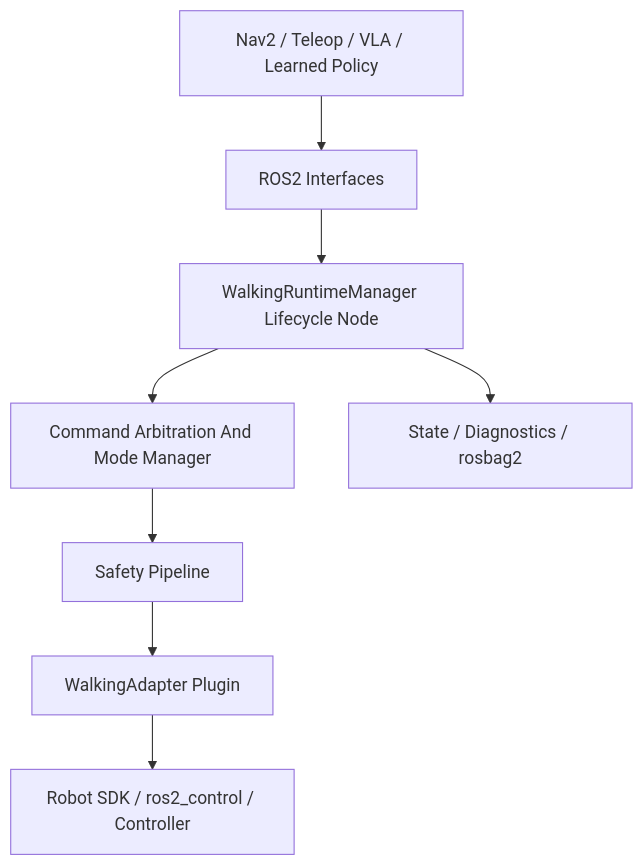
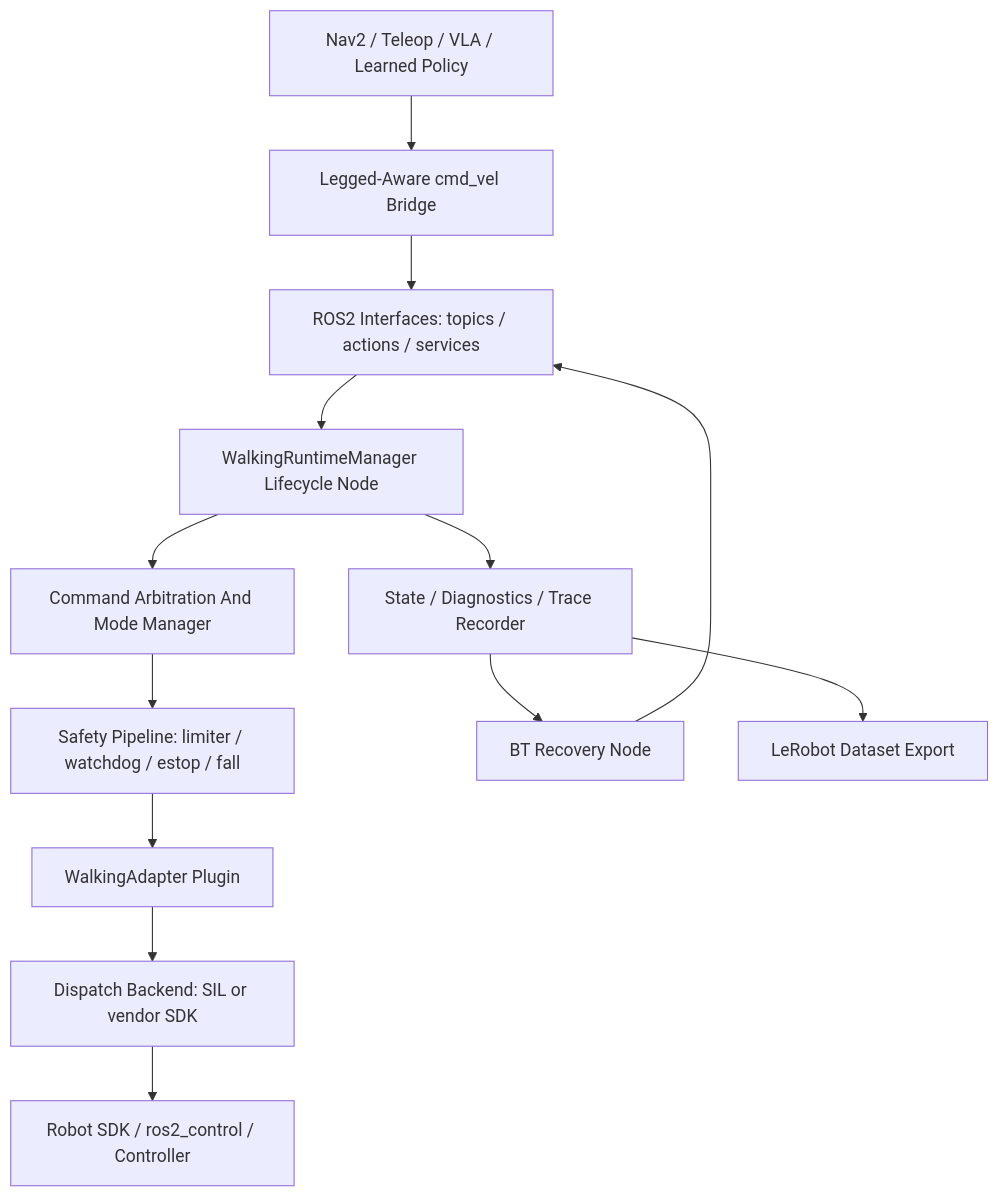
One commit to rsasaki0109/walking_zoo changed the diagram in docs/architecture.md. Above: the diagram before and after it, drawn with Mermaid. The commit also changed other lines of this file and 2 other files, not shown here.

First line of the commit message:
Update architecture, adapter guide, and plan for the deep-integration pass

````diff
--- a/docs/architecture.md
+++ b/docs/architecture.md
@@ -7,10 +7,15 @@
 ```mermaid
 flowchart TB
-  Sources[Nav2 / Teleop / VLA / Learned Policy] --> Interfaces[ROS2 Interfaces]
+  Sources[Nav2 / Teleop / VLA / Learned Policy] --> Bridge[Legged-Aware cmd_vel Bridge]
+  Bridge --> Interfaces[ROS2 Interfaces: topics / actions / services]
   Interfaces --> Runtime[WalkingRuntimeManager Lifecycle Node]
   Runtime --> Arbitration[Command Arbitration And Mode Manager]
-  Arbitration --> Safety[Safety Pipeline]
+  Arbitration --> Safety[Safety Pipeline: limiter / watchdog / estop / fall]
   Safety --> Adapter[WalkingAdapter Plugin]
-  Adapter --> SDK[Robot SDK / ros2_control / Controller]
-  Runtime --> Observability[State / Diagnostics / rosbag2]
+  Adapter --> Backend[Dispatch Backend: SIL or vendor SDK]
+  Backend --> SDK[Robot SDK / ros2_control / Controller]
+  Runtime --> Observability[State / Diagnostics / Trace Recorder]
+  Observability --> Recovery[BT Recovery Node]
+  Recovery --> Interfaces
+  Observability --> Export[LeRobot Dataset Export]
 ```
````
